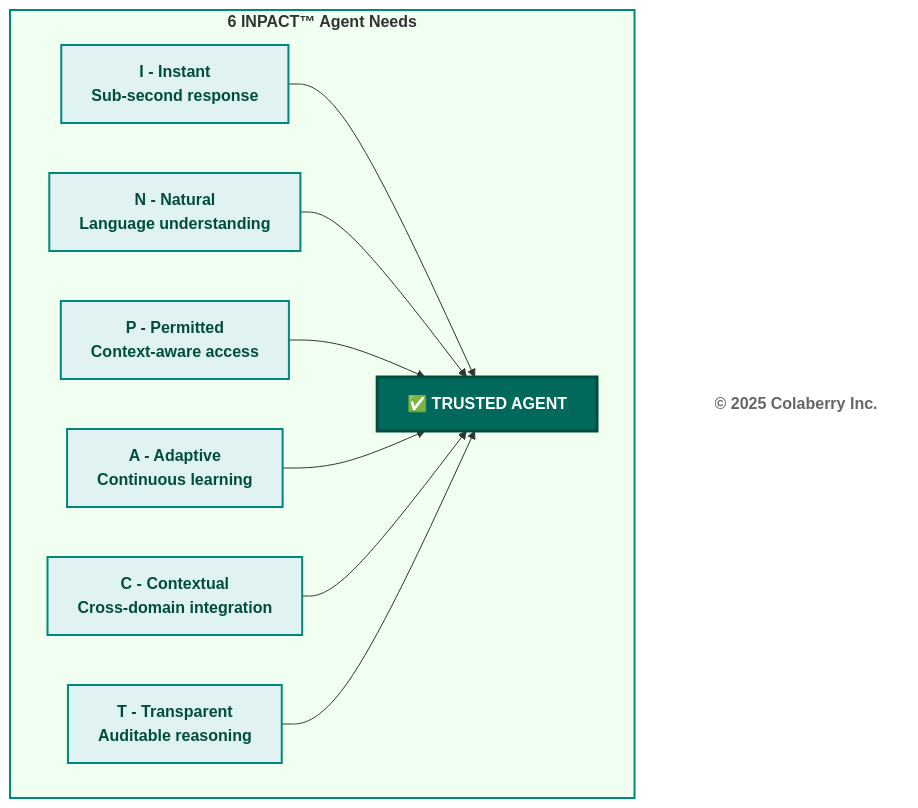
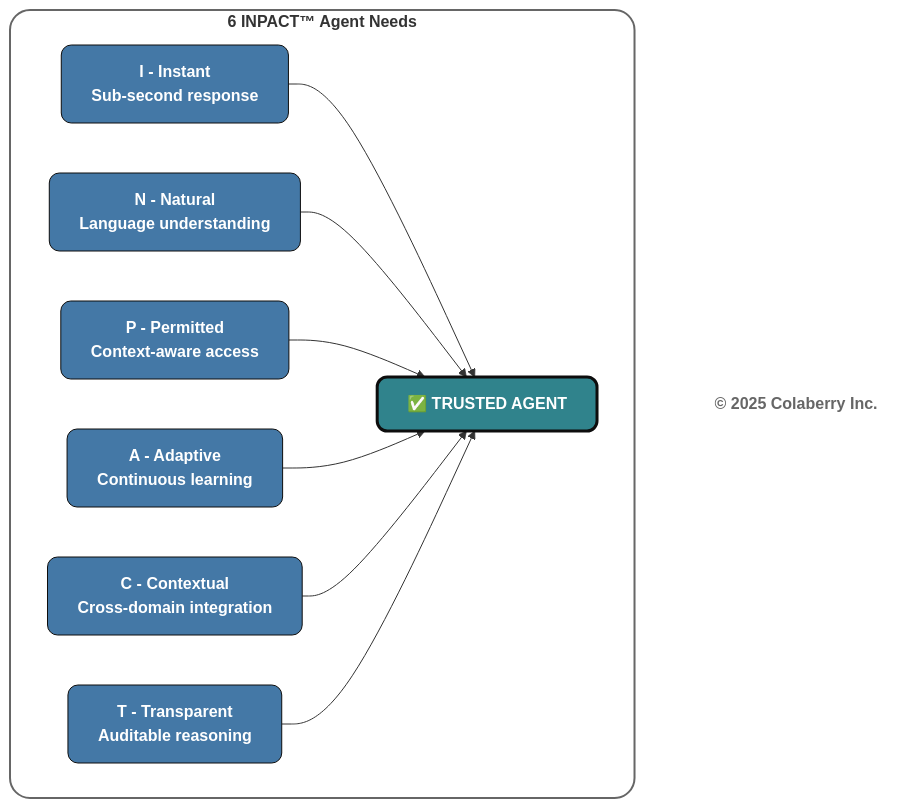
One commit to saitejesh-cyber/trust-before-intelligence-book changed the third of 4 diagrams in manuscript/01_chapter_0_trust_before_intelligence.md. Above: the diagram before and after it, drawn with Mermaid. The commit also changed other lines of this file, not shown here.

Commit message:
Option1: Updated mermaid diagrams based on new colaberry color code

````diff
--- a/manuscript/01_chapter_0_trust_before_intelligence.md
+++ b/manuscript/01_chapter_0_trust_before_intelligence.md
@@ -246,32 +246,32 @@
 ```mermaid
 graph TB
     subgraph HITL["<b>6 INPACT™ Agent Needs</b>"]
         I["<b>I - Instant</b><br/><b>Sub-second response</b>"]
         N["<b>N - Natural</b><br/><b>Language understanding</b>"]
         P["<b>P - Permitted</b><br/><b>Context-aware access</b>"]
         A["<b>A - Adaptive</b><br/><b>Continuous learning</b>"]
         C["<b>C - Contextual</b><br/><b>Cross-domain integration</b>"]
         T["<b>T - Transparent</b><br/><b>Auditable reasoning</b>"]
         
         Trust["<b>✅ TRUSTED AGENT</b>"]
     end
     
     I --> Trust
     N --> Trust
     P --> Trust
     A --> Trust
     C --> Trust
     T --> Trust
     
     Copyright["<b>© 2025 Colaberry Inc.</b>"]
     
-    style HITL fill:#f0fff0,stroke:#00897b,stroke-width:2px
-    style I fill:#e0f2f1,stroke:#00897b,stroke-width:2px,color:#004d40
-    style N fill:#e0f2f1,stroke:#00897b,stroke-width:2px,color:#004d40
-    style P fill:#e0f2f1,stroke:#00897b,stroke-width:2px,color:#004d40
-    style A fill:#e0f2f1,stroke:#00897b,stroke-width:2px,color:#004d40
-    style C fill:#e0f2f1,stroke:#00897b,stroke-width:2px,color:#004d40
-    style T fill:#e0f2f1,stroke:#00897b,stroke-width:2px,color:#004d40
-    style Trust fill:#00695c,color:#ffffff,stroke:#004d40,stroke-width:3px
-    style Copyright fill:#ffffff,stroke:none,color:#666666
+    style HITL fill:#ffffff,stroke:#666666,stroke-width:2px,rx:20,ry:20
+    style I fill:#4478A6,stroke:#0D0D0D,stroke-width:1px,color:#ffffff,rx:10,ry:10
+    style N fill:#4478A6,stroke:#0D0D0D,stroke-width:1px,color:#ffffff,rx:10,ry:10
+    style P fill:#4478A6,stroke:#0D0D0D,stroke-width:1px,color:#ffffff,rx:10,ry:10
+    style A fill:#4478A6,stroke:#0D0D0D,stroke-width:1px,color:#ffffff,rx:10,ry:10
+    style C fill:#4478A6,stroke:#0D0D0D,stroke-width:1px,color:#ffffff,rx:10,ry:10
+    style T fill:#4478A6,stroke:#0D0D0D,stroke-width:1px,color:#ffffff,rx:10,ry:10
+    style Trust fill:#30838C,stroke:#0D0D0D,stroke-width:3px,color:#ffffff,rx:10,ry:10
+    style Copyright fill:none,stroke:none,color:#666666
 ```
````
